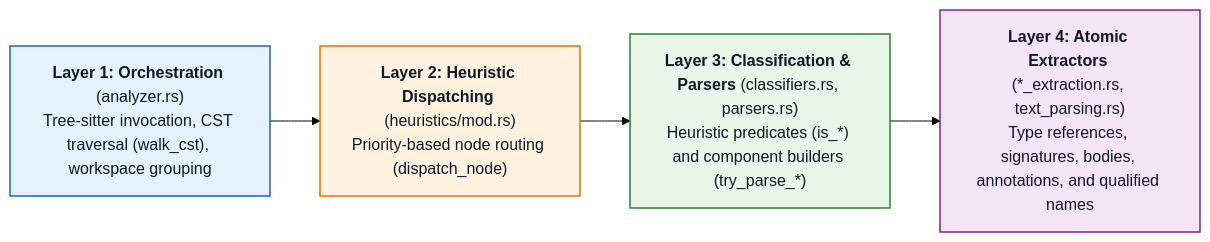
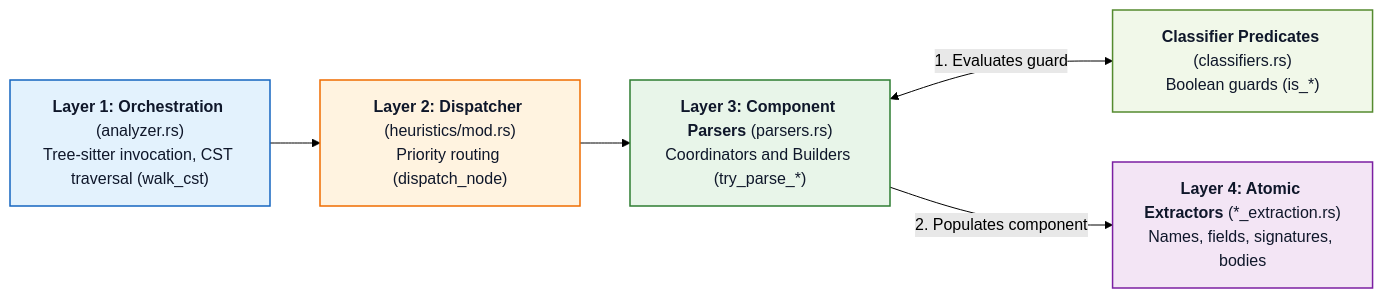
Before and after one commit to FerrarioChristian/master-thesis: the diagram in images/extraction/extraction_layers.mmd, drawn with Mermaid (forest theme). The commit also changed other lines of this file and 3 other files, not shown here.

```diff
--- a/images/extraction/extraction_layers.mmd
+++ b/images/extraction/extraction_layers.mmd
@@ -1,14 +1,17 @@
 flowchart LR
-    L1["<b>Layer 1: Orchestration</b> (analyzer.rs)<br/>Tree-sitter invocation, CST traversal (walk_cst), workspace grouping"]
-    L2["<b>Layer 2: Heuristic Dispatching</b> (heuristics/mod.rs)<br/>Priority-based node routing (dispatch_node)"]
-    L3["<b>Layer 3: Classification & Parsers</b> (classifiers.rs, parsers.rs)<br/>Heuristic predicates (is_*) and component builders (try_parse_*)"]
-    L4["<b>Layer 4: Atomic Extractors</b> (*_extraction.rs, text_parsing.rs)<br/>Type references, signatures, bodies, annotations, and qualified names"]
+    L1["<b>Layer 1: Orchestration</b> (analyzer.rs)<br/>Tree-sitter invocation, CST traversal (walk_cst)"]
+    L2["<b>Layer 2: Dispatcher</b> (heuristics/mod.rs)<br/>Priority routing (dispatch_node)"]
+    L3P["<b>Layer 3: Component Parsers</b> (parsers.rs)<br/>Coordinators and Builders (try_parse_*)"]
+    L3C["<b>Classifier Predicates</b> (classifiers.rs)<br/>Boolean guards (is_*)"]
+    L4["<b>Layer 4: Atomic Extractors</b> (*_extraction.rs)<br/>Names, fields, signatures, bodies"]
 
     L1 --> L2
-    L2 --> L3
-    L3 --> L4
+    L2 --> L3P
+    L3P <-->|"1. Evaluates guard"| L3C
+    L3P -->|"2. Populates component"| L4
 
     style L1 fill:#e3f2fd,stroke:#1565c0,stroke-width:1.5px,color:#0f172a
     style L2 fill:#fff3e0,stroke:#ef6c00,stroke-width:1.5px,color:#0f172a
-    style L3 fill:#e8f5e9,stroke:#2e7d32,stroke-width:1.5px,color:#0f172a
+    style L3P fill:#e8f5e9,stroke:#2e7d32,stroke-width:1.5px,color:#0f172a
+    style L3C fill:#f1f8e9,stroke:#558b2f,stroke-width:1.5px,color:#0f172a
     style L4 fill:#f3e5f5,stroke:#7b1fa2,stroke-width:1.5px,color:#0f172a
```
